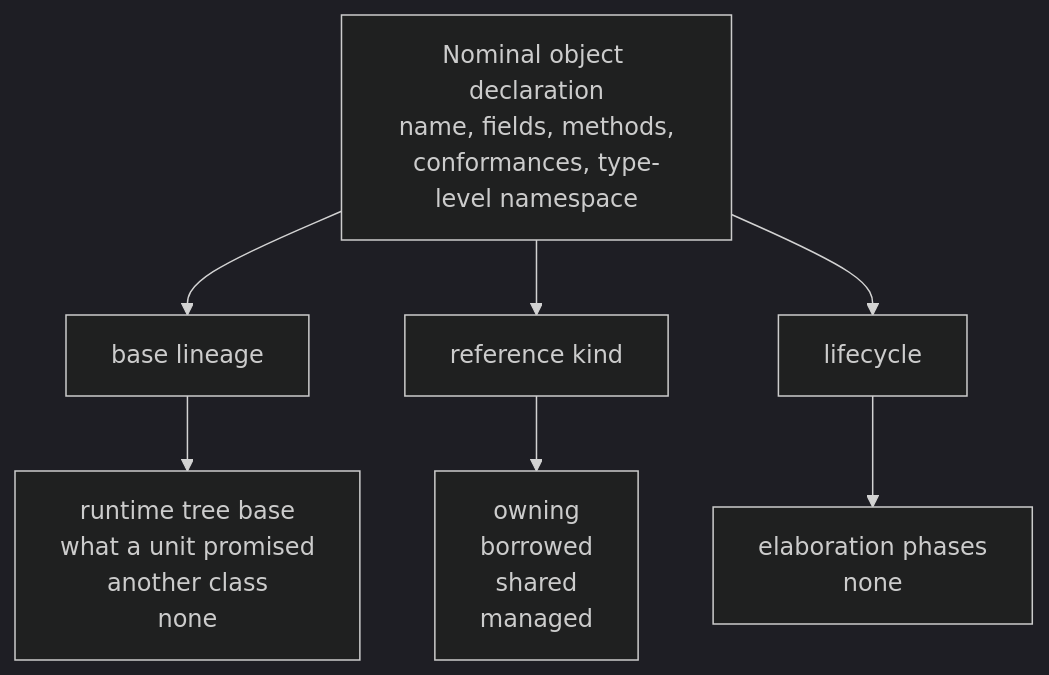
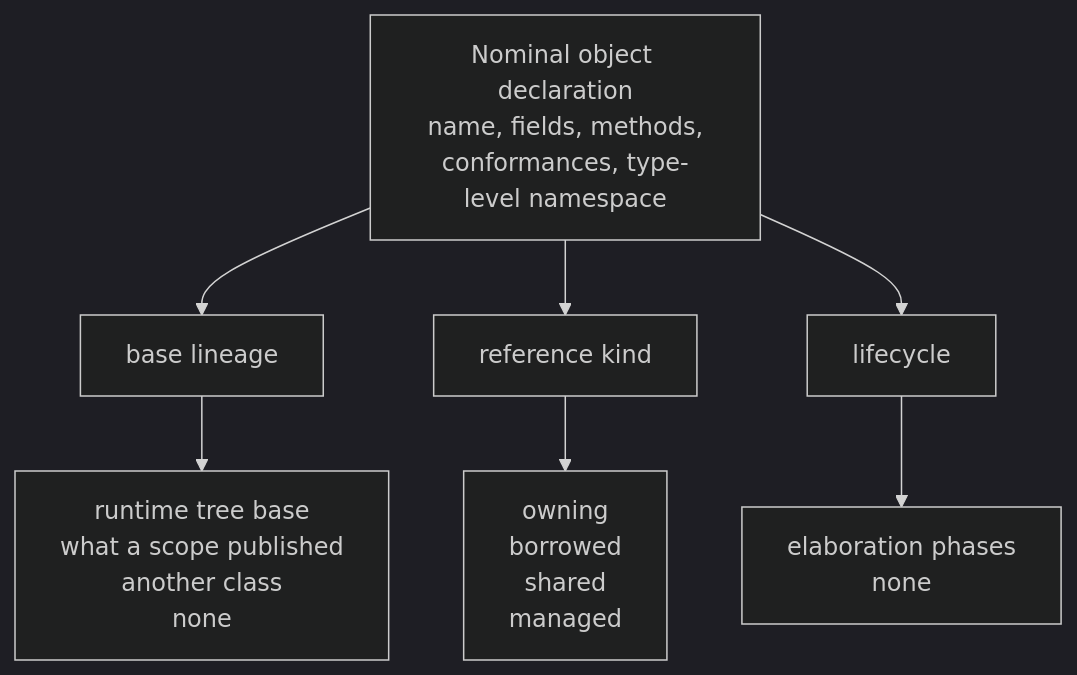
The diagram in docs/architecture/object_model.md (hankhsu1996/lyra), drawn with Mermaid (dark theme) before and after one commit. The commit also changed other lines of this file and 228 other files, not shown here.

First line of the commit message:
Reach another design element only through what it publishes (#1302)

````diff
--- a/docs/architecture/object_model.md
+++ b/docs/architecture/object_model.md
@@ -21,10 +21,10 @@
 ```mermaid
 flowchart TD
   D[Nominal object declaration<br/>name, fields, methods,<br/>conformances, type-level namespace]
   D --> A1[base lineage]
   D --> A2[reference kind]
   D --> A3[lifecycle]
-  A1 --> V1[runtime tree base<br/>what a unit promised<br/>another class<br/>none]
+  A1 --> V1[runtime tree base<br/>what a scope published<br/>another class<br/>none]
   A2 --> V2[owning<br/>borrowed<br/>shared<br/>managed]
   A3 --> V3[elaboration phases<br/>none]
 ```
````
